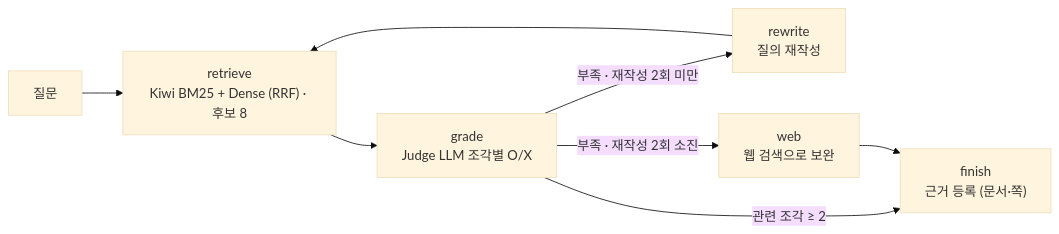
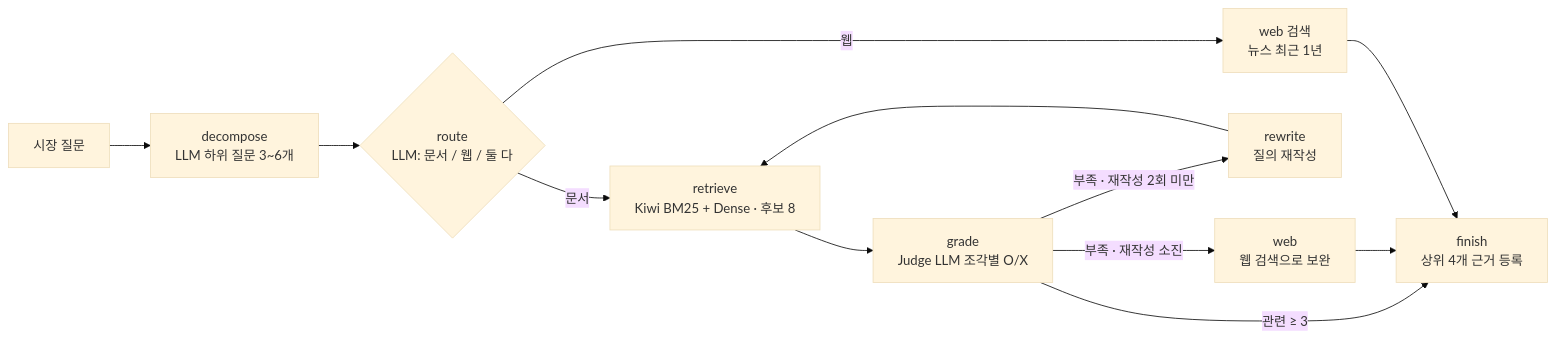
The second of 2 diagrams in docs/design.md (skala-smart-farm/agtech-investment-agent), drawn with Mermaid (base theme) before and after one commit. The commit also changed other lines of this file and 70 other files, not shown here.

````diff
--- a/docs/design.md
+++ b/docs/design.md
@@ -393,10 +417,14 @@
 ```mermaid
 graph LR
-  Q["질문"] --> RT["retrieve<br/>Kiwi BM25 + Dense (RRF) · 후보 8"]
+  Q["시장 질문"] --> DC["decompose<br/>LLM 하위 질문 3~6개"]
+  DC --> RO{"route<br/>LLM: 문서 / 웹 / 둘 다"}
+  RO -->|문서| RT["retrieve<br/>Kiwi BM25 + Dense · 후보 8"]
+  RO -->|웹| WS["web 검색<br/>뉴스 최근 1년"]
   RT --> G["grade<br/>Judge LLM 조각별 O/X"]
-  G -->|관련 조각 ≥ 2| F["finish<br/>근거 등록 (문서·쪽)"]
-  G -->|부족 · 재작성 2회 미만| RW["rewrite<br/>질의 재작성"]
+  G -->|"관련 ≥ 3"| F["finish<br/>상위 4개 근거 등록"]
+  G -->|"부족 · 재작성 2회 미만"| RW["rewrite<br/>질의 재작성"]
   RW --> RT
-  G -->|부족 · 재작성 2회 소진| W["web<br/>웹 검색으로 보완"]
+  G -->|부족 · 재작성 소진| W["web<br/>웹 검색으로 보완"]
   W --> F
+  WS --> F
 ```
````
